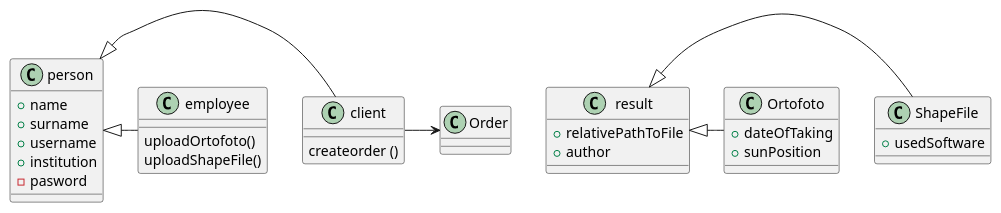
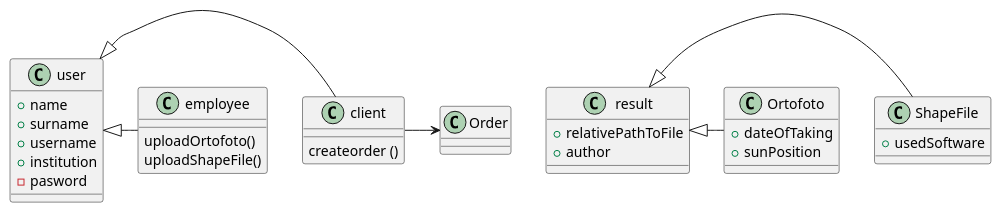
One commit to Bezobsahu/MyMasterDegree changed the diagram in SecondSemester/Database/Project.md. Above: the diagram before and after it, drawn with PlantUML. The commit also changed 23 other files, not shown here.

````diff
--- a/SecondSemester/Database/Project.md
+++ b/SecondSemester/Database/Project.md
@@ -5,47 +5,47 @@
 ```plantUML
 
-class person {
+class user {
     + name
     + surname
     + username
     + institution
     - pasword
 }
-person <|- client
-person <|- employee
+user <|- client
+user <|- employee
 
     class client {
         createorder ()
     }
 
     class employee {
 
         uploadOrtofoto()
         uploadShapeFile()
     }
 client -> Order
 class Order {
     
 
 
 }
 
 class result {
     + relativePathToFile
     + author
 }
 
 result <|- ShapeFile
 
 class ShapeFile {
     + usedSoftware
 }
 result <|- Ortofoto
 
 class Ortofoto{
     + dateOfTaking
     + sunPosition
 }
 
 
 ```
````
